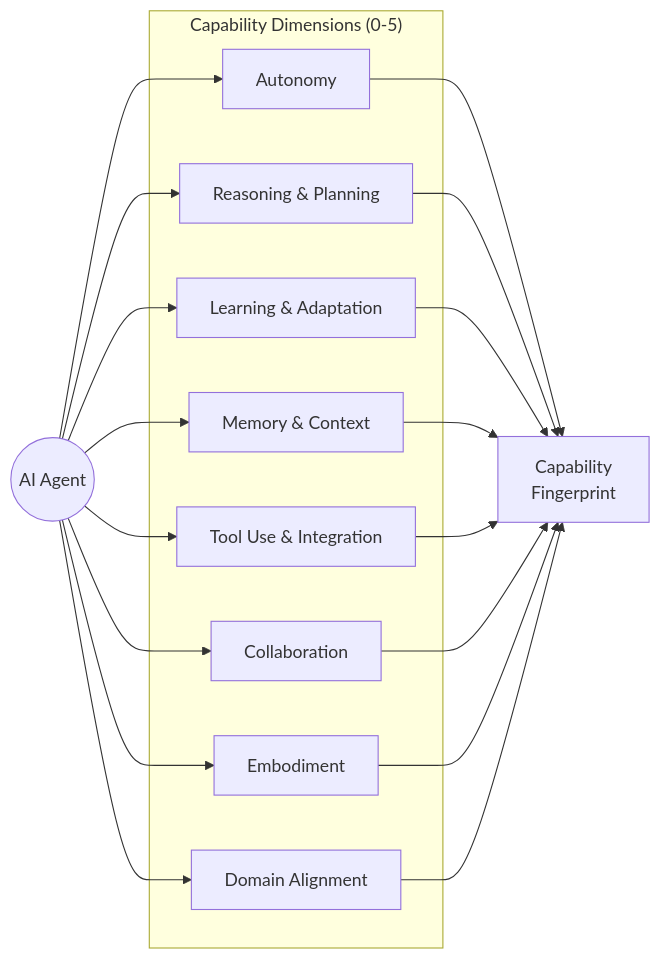
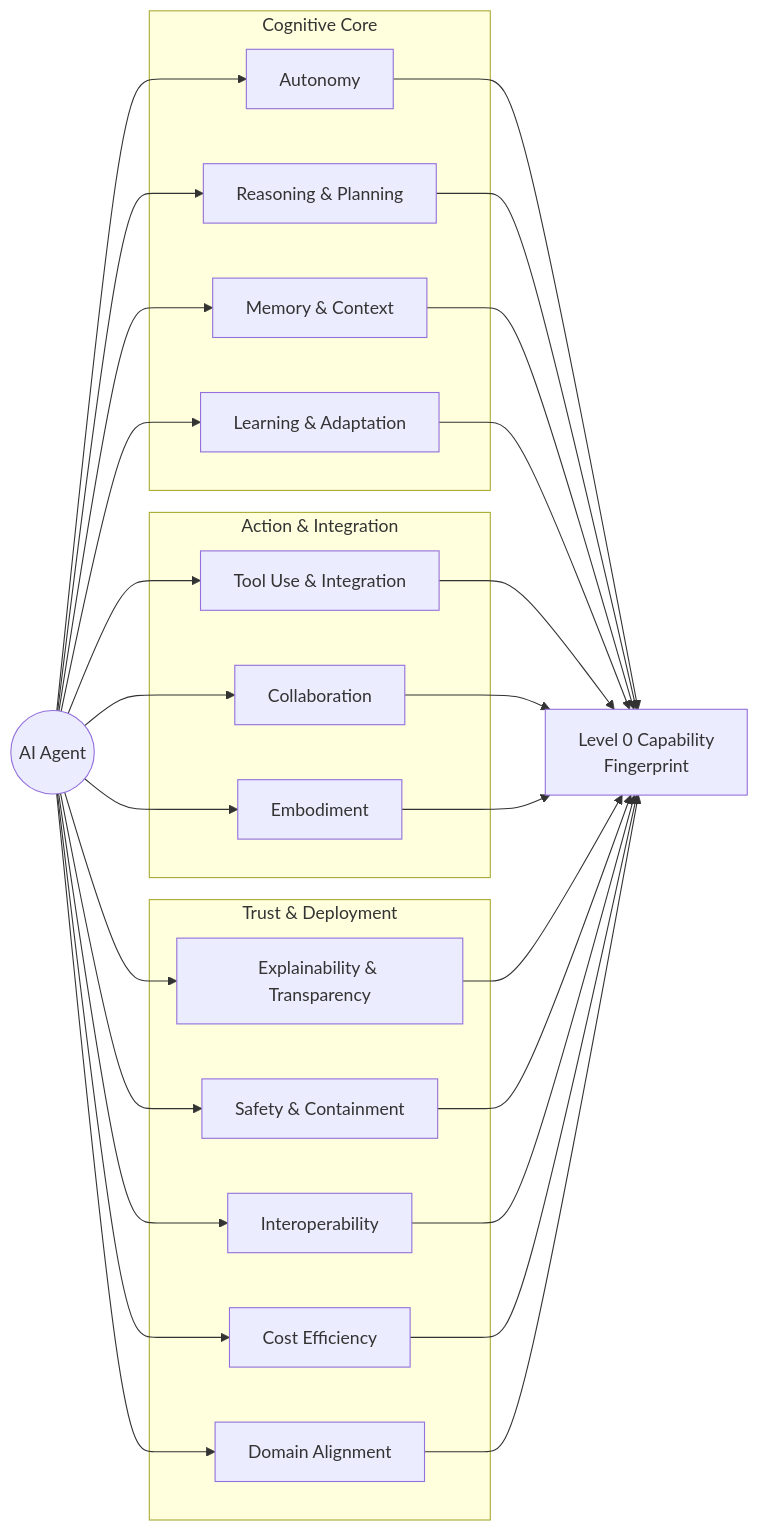
One commit to snchande/Arima-AiCMM changed the second of 5 diagrams in docs/diagrams/architecture.md. Above: the diagram before and after it, drawn with Mermaid. The commit also changed other lines of this file and 21 other files, not shown here.

First line of the commit message:
feat: upgrade to 12-dimension Level 0/Level 1 architecture with Empathy & Inclusivity

````diff
--- a/docs/diagrams/architecture.md
+++ b/docs/diagrams/architecture.md
@@ -46,31 +46,49 @@
 ```mermaid
 graph LR
-    subgraph "Capability Dimensions (0-5)"
+    subgraph "Cognitive Core"
         A[Autonomy]
         R[Reasoning & Planning]
+        M[Memory & Context]
         L[Learning & Adaptation]
-        M[Memory & Context]
+    end
+
+    subgraph "Action & Integration"
         T[Tool Use & Integration]
         C[Collaboration]
         E[Embodiment]
+    end
+
+    subgraph "Trust & Deployment"
+        X[Explainability & Transparency]
+        S[Safety & Containment]
+        I[Interoperability]
+        CE[Cost Efficiency]
         D[Domain Alignment]
     end
 
     Agent((AI Agent)) --> A
     Agent --> R
+    Agent --> M
     Agent --> L
-    Agent --> M
     Agent --> T
     Agent --> C
     Agent --> E
+    Agent --> X
+    Agent --> S
+    Agent --> I
+    Agent --> CE
     Agent --> D
 
-    A --> FP[Capability<br/>Fingerprint]
+    A --> FP[Level 0 Capability<br/>Fingerprint]
     R --> FP
+    M --> FP
     L --> FP
-    M --> FP
     T --> FP
     C --> FP
     E --> FP
+    X --> FP
+    S --> FP
+    I --> FP
+    CE --> FP
     D --> FP
 ```
````
